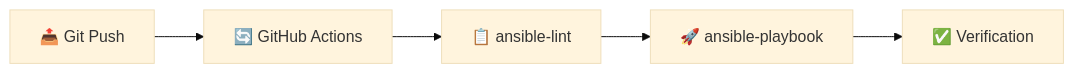
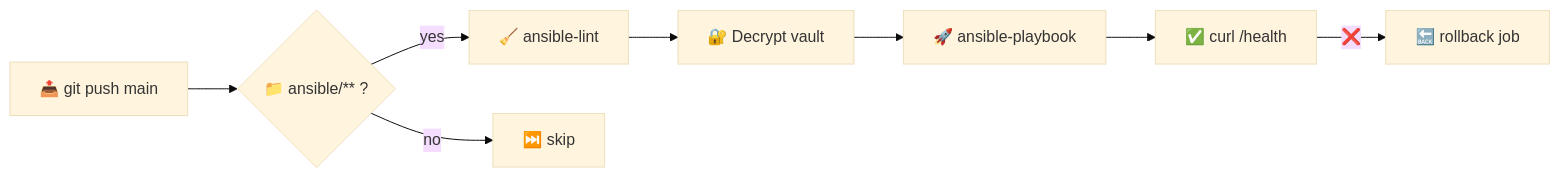
The fifth of 7 diagrams in lectures/lec6.md (inno-devops-labs/DevOps-Core-Course), drawn with Mermaid (base theme) before and after one commit. The commit also changed other lines of this file and 24 other files, not shown here.

````diff
--- a/lectures/lec6.md
+++ b/lectures/lec6.md
@@ -487,7 +369,10 @@
 ```mermaid
 flowchart LR
-  Push[📤 Git Push] --> CI[🔄 GitHub Actions]
-  CI --> Lint[📋 ansible-lint]
-  Lint --> Deploy[🚀 ansible-playbook]
-  Deploy --> Verify[✅ Verification]
+  Push[📤 git push main] --> Filter{📁 ansible/** ?}
+  Filter -->|yes| Lint[🧹 ansible-lint]
+  Filter -->|no| Skip[⏭️ skip]
+  Lint --> Vault[🔐 Decrypt vault]
+  Vault --> Run[🚀 ansible-playbook]
+  Run --> Verify[✅ curl /health]
+  Verify -->|❌| Roll[🔙 rollback job]
 ```
````
